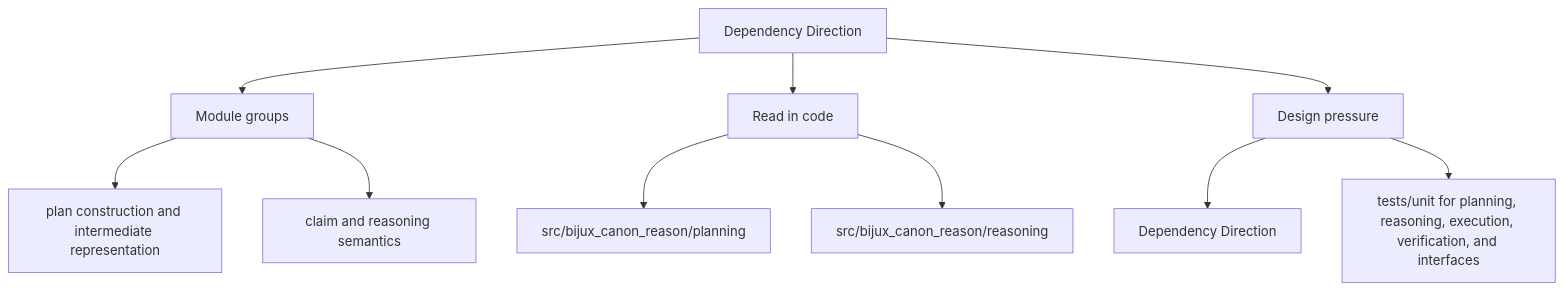
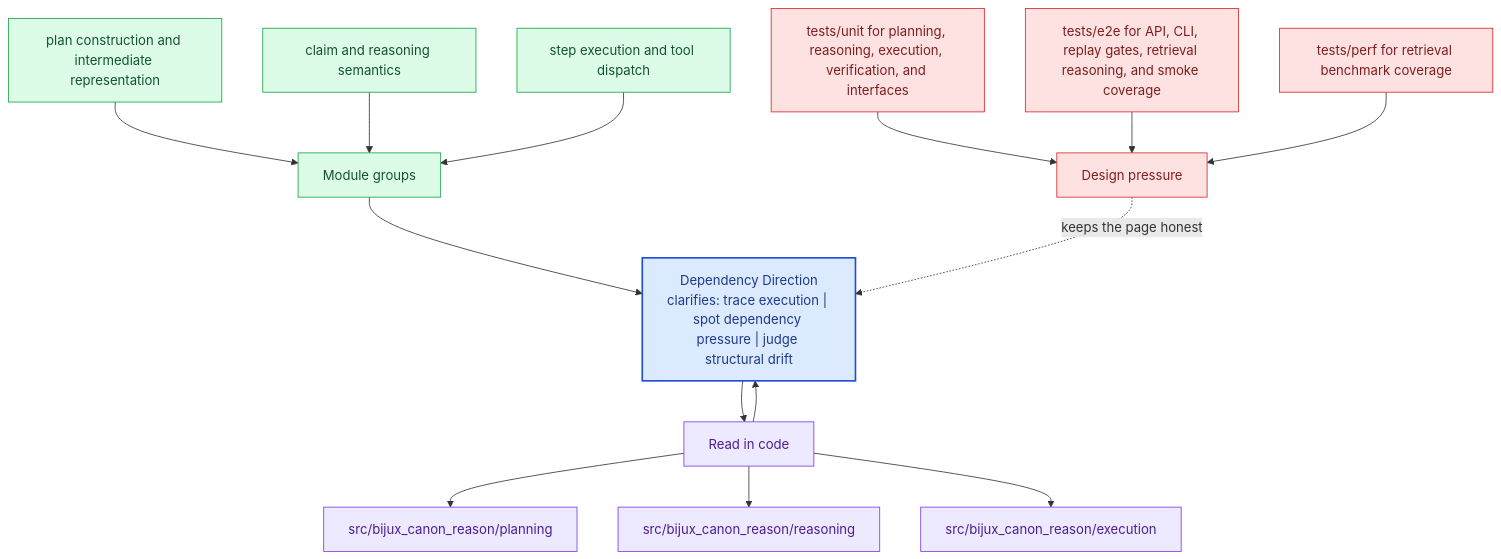
One commit to bijux/bijux-canon changed the second of 2 diagrams in docs/bijux-canon-reason/architecture/dependency-direction.md. Above: the diagram before and after it, drawn with Mermaid. The commit also changed other lines of this file and 281 other files, not shown here.

Commit message:
docs(diagrams): deepen handbook mermaid maps across the catalog

````diff
--- a/docs/bijux-canon-reason/architecture/dependency-direction.md
+++ b/docs/bijux-canon-reason/architecture/dependency-direction.md
@@ -35,22 +68,40 @@
 ```mermaid
-flowchart TD
-    page["Dependency Direction"]
+flowchart TB
+    promise["Dependency Direction<br/>clarifies: trace execution | spot dependency pressure | judge structural drift"]
+    classDef promise fill:#dbeafe,stroke:#1d4ed8,color:#1e3a8a,stroke-width:2px;
+    classDef driver fill:#dcfce7,stroke:#16a34a,color:#14532d;
+    classDef constraint fill:#fee2e2,stroke:#dc2626,color:#7f1d1d;
+    classDef ground fill:#ede9fe,stroke:#7c3aed,color:#4c1d95;
     focus1["Module groups"]
-    page --> focus1
+    focus1 --> promise
     focus1_1["plan construction and intermediate representation"]
-    focus1 --> focus1_1
+    focus1_1 --> focus1
     focus1_2["claim and reasoning semantics"]
-    focus1 --> focus1_2
+    focus1_2 --> focus1
+    focus1_3["step execution and tool dispatch"]
+    focus1_3 --> focus1
+    class focus1 driver;
+    class focus1_1,focus1_2,focus1_3 driver;
     focus2["Read in code"]
-    page --> focus2
+    focus2 --> promise
+    promise --> focus2
     focus2_1["src/bijux_canon_reason/planning"]
     focus2 --> focus2_1
     focus2_2["src/bijux_canon_reason/reasoning"]
     focus2 --> focus2_2
+    focus2_3["src/bijux_canon_reason/execution"]
+    focus2 --> focus2_3
+    class focus2 ground;
+    class focus2_1,focus2_2,focus2_3 ground;
     focus3["Design pressure"]
-    page --> focus3
-    focus3_1["Dependency Direction"]
-    focus3 --> focus3_1
-    focus3_2["tests/unit for planning, reasoning, execution, verification, and interfaces"]
-    focus3 --> focus3_2
+    focus3 -.keeps the page honest.-> promise
+    focus3_1["tests/unit for planning, reasoning, execution, verification, and interfaces"]
+    focus3_1 --> focus3
+    focus3_2["tests/e2e for API, CLI, replay gates, retrieval reasoning, and smoke coverage"]
+    focus3_2 --> focus3
+    focus3_3["tests/perf for retrieval benchmark coverage"]
+    focus3_3 --> focus3
+    class focus3 constraint;
+    class focus3_1,focus3_2,focus3_3 constraint;
+    class promise promise;
 ```
````
